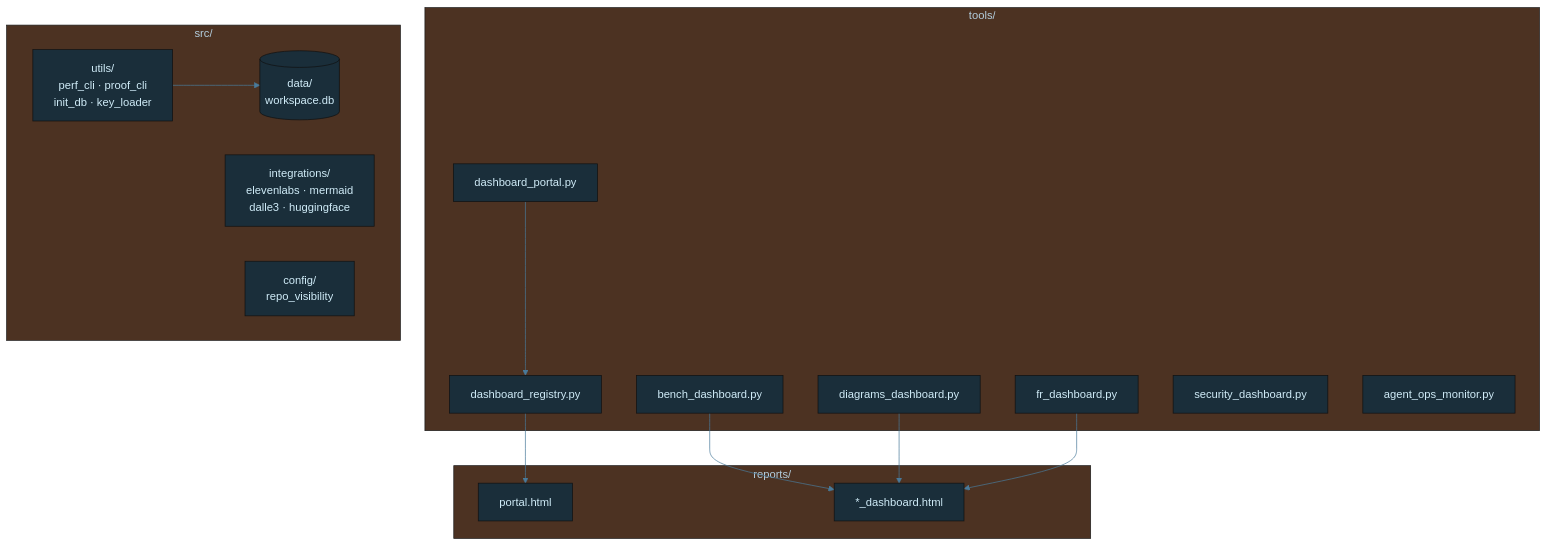
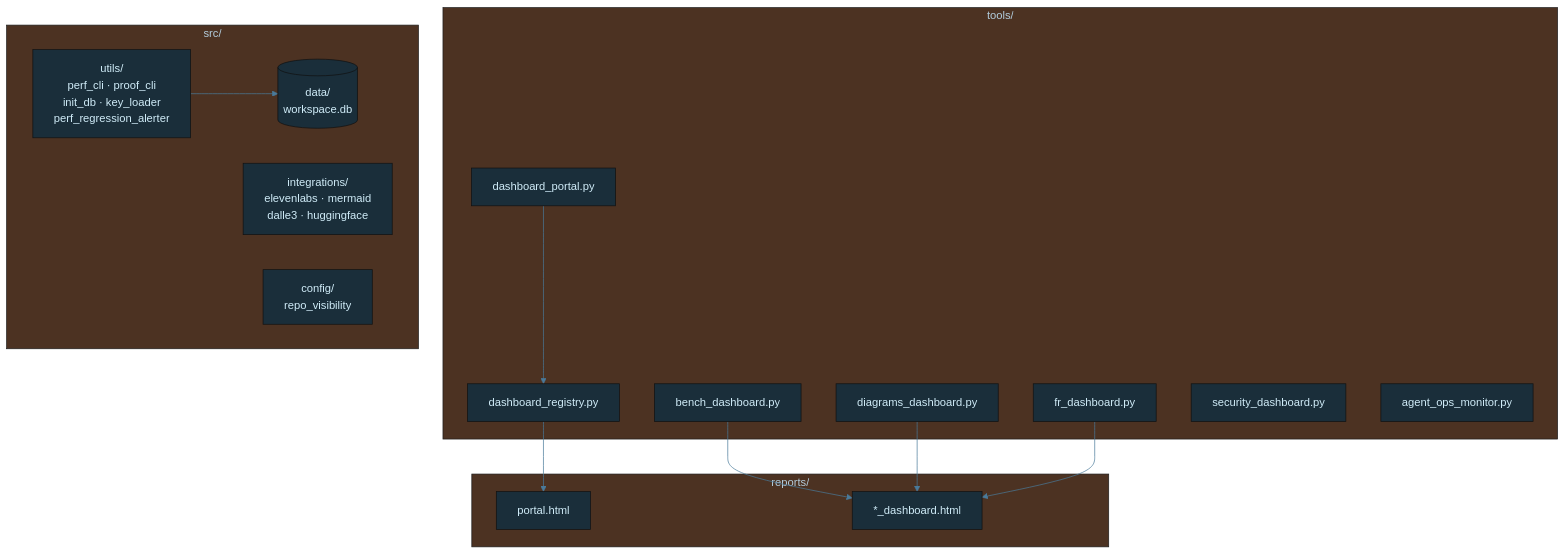
The diagram in diagrams/workspace-architecture-detail.mmd (tylerdrakemusic/-Workspace), drawn with Mermaid before and after one commit.

Commit message:
docs(diagrams): add perf_regression_alerter to workspace-architecture-detail.mmd

```diff
--- a/diagrams/workspace-architecture-detail.mmd
+++ b/diagrams/workspace-architecture-detail.mmd
@@ -1,40 +1,40 @@
 %%{init: {'theme': 'base', 'themeVariables': {'primaryColor': '#1a2e3a', 'primaryTextColor': '#d0ecf8', 'edgeLabelBackground': '#0f1318', 'lineColor': '#4a7a9a'}}}%%
 graph TB
     subgraph Tools["tools/"]
         Portal[dashboard_portal.py]
         Registry[dashboard_registry.py]
         Bench[bench_dashboard.py]
         Diagrams[diagrams_dashboard.py]
         FR[fr_dashboard.py]
         Sec[security_dashboard.py]
         Ops[agent_ops_monitor.py]
     end
     subgraph Src["src/"]
-        Utils[utils/<br/>perf_cli · proof_cli<br/>init_db · key_loader]
+        Utils[utils/<br/>perf_cli · proof_cli<br/>init_db · key_loader<br/>perf_regression_alerter]
         Integrations[integrations/<br/>elevenlabs · mermaid<br/>dalle3 · huggingface]
         Config[config/<br/>repo_visibility]
         Data[(data/<br/>workspace.db)]
     end
     subgraph Reports["reports/"]
         PortalHtml[portal.html]
         Dashes[*_dashboard.html]
     end
     Portal --> Registry
     Registry --> PortalHtml
     Bench --> Dashes
     Diagrams --> Dashes
     FR --> Dashes
     Utils --> Data
     class Tools tool
     class Src src
     class Reports out
 
 classDef life     fill:#1a2e3a,stroke:#6ab4d4,color:#d0ecf8
 classDef music    fill:#3a1a24,stroke:#d47a8f,color:#f8d0dc
 classDef quantum  fill:#251a3a,stroke:#a07adf,color:#e8d0f8
 classDef manifest fill:#3a2e1a,stroke:#d4a96a,color:#f8ead0
 classDef ws       fill:#1a3a30,stroke:#6ad4b4,color:#d0f8ee
 classDef tyler    fill:#2a1a3a,stroke:#9e4aff,color:#fff
 classDef ext      fill:#3a2020,stroke:#ff7a7a,color:#ffd0d0
 classDef db       fill:#3a3010,stroke:#d4c050,color:#f8f0c0
 classDef state    fill:#1a1a1a,stroke:#888888,color:#cccccc
```
